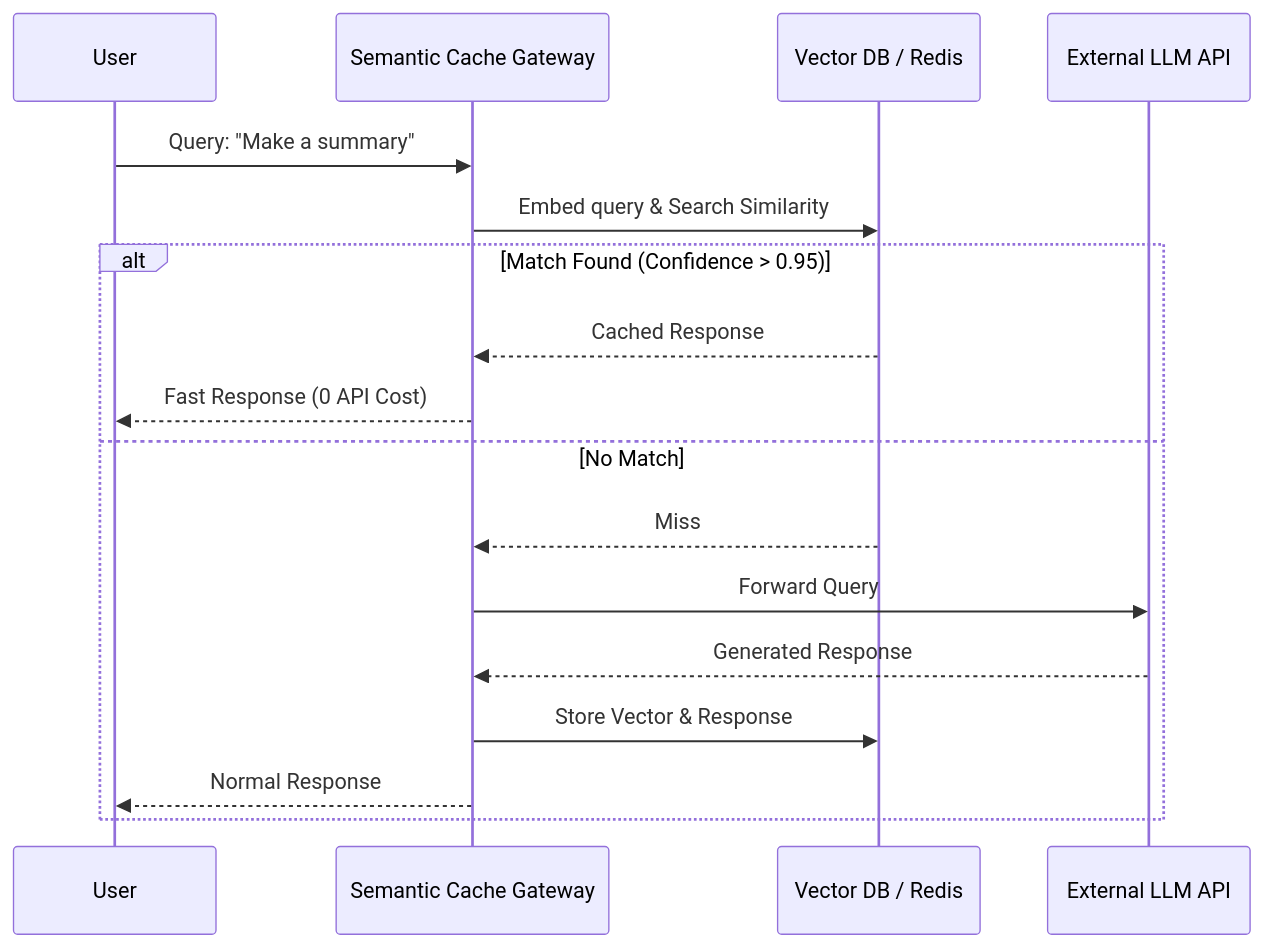
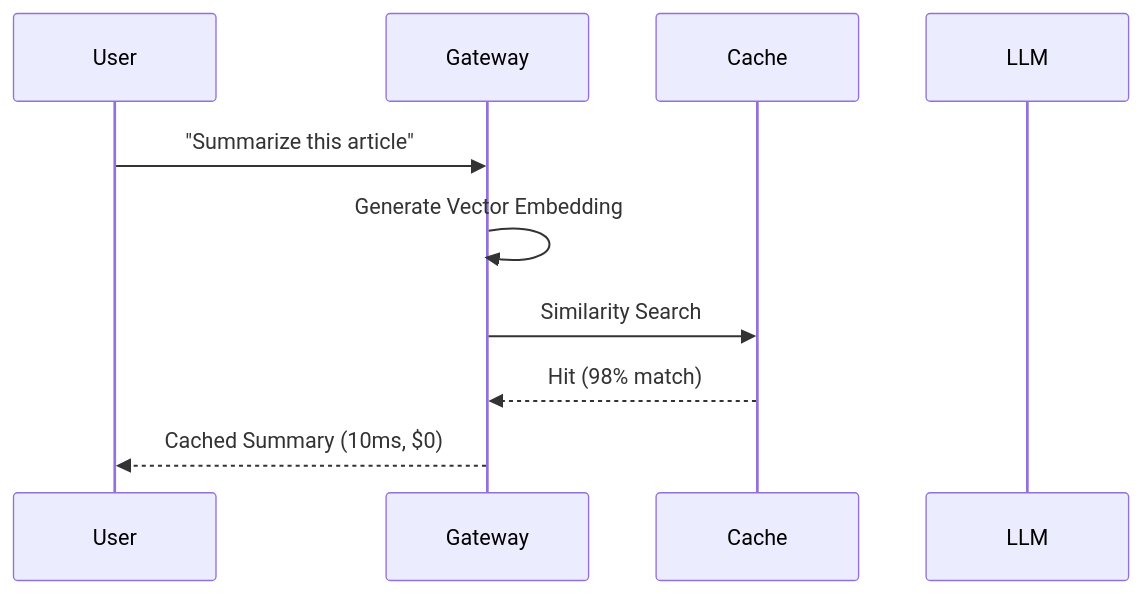
The second of 2 diagrams in ideas/semantic-cache-gateway/README.md (flouzzy/top-100-ai-startup-ideas), drawn with Mermaid before and after one commit. The commit also changed other lines of this file and 41 other files, not shown here.

````diff
--- a/ideas/semantic-cache-gateway/README.md
+++ b/ideas/semantic-cache-gateway/README.md
@@ -40,19 +43,12 @@
 ```mermaid
 sequenceDiagram
     participant User
-    participant Gateway as Semantic Cache Gateway
-    participant Cache as Vector DB / Redis
-    participant LLM as External LLM API
-    User->>Gateway: Query: "Make a summary"
-    Gateway->>Cache: Embed query & Search Similarity
-    alt Match Found (Confidence > 0.95)
-        Cache-->>Gateway: Cached Response
-        Gateway-->>User: Fast Response (0 API Cost)
-    else No Match
-        Cache-->>Gateway: Miss
-        Gateway->>LLM: Forward Query
-        LLM-->>Gateway: Generated Response
-        Gateway->>Cache: Store Vector & Response
-        Gateway-->>User: Normal Response
-    end
+    participant Gateway
+    participant Cache
+    participant LLM
+    User->>Gateway: "Summarize this article"
+    Gateway->>Gateway: Generate Vector Embedding
+    Gateway->>Cache: Similarity Search
+    Cache-->>Gateway: Hit (98% match)
+    Gateway-->>User: Cached Summary (10ms, $0)
 ```
````
